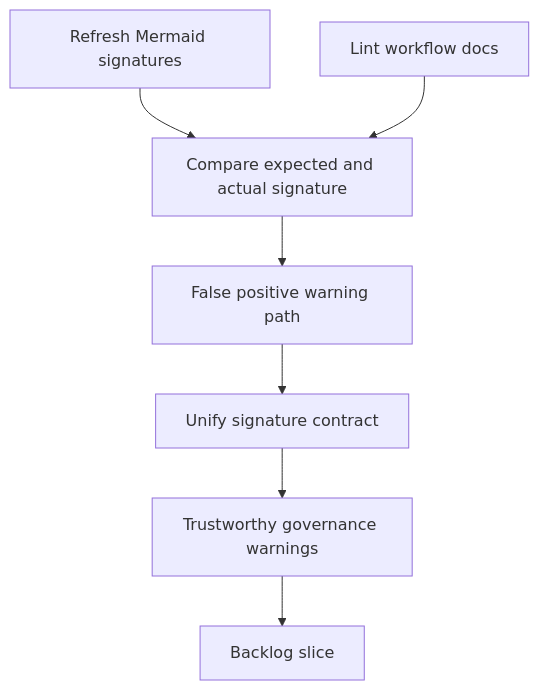
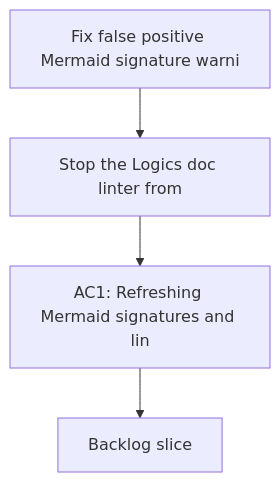
The diagram in logics/request/req_114_fix_false_positive_mermaid_signature_warnings_after_signature_refresh.md (AlexAgo83/logics-manager), drawn with Mermaid before and after one commit. The commit also changed other lines of this file and 481 other files, not shown here.

Commit message:
Normalize Logics docs and workflow indicators

````diff
--- a/logics/request/req_114_fix_false_positive_mermaid_signature_warnings_after_signature_refresh.md
+++ b/logics/request/req_114_fix_false_positive_mermaid_signature_warnings_after_signature_refresh.md
@@ -28,11 +28,8 @@
 ```mermaid
 %% logics-kind: request
 %% logics-signature: request|fix-false-positive-mermaid-signature-war|stop-the-logics-doc-linter-from|ac1-refreshing-mermaid-signatures-and-li
 flowchart TD
-    Refresh[Refresh Mermaid signatures] --> Compare[Compare expected and actual signature]
-    Lint[Lint workflow docs] --> Compare
-    Compare --> Mismatch[False positive warning path]
-    Mismatch --> Fix[Unify signature contract]
-    Fix --> Trust[Trustworthy governance warnings]
-    Trust --> Backlog[Backlog slice]
+    Trigger[Fix false positive Mermaid signature warni] --> Need[Stop the Logics doc linter from]
+    Need --> Outcome[AC1: Refreshing Mermaid signatures and lin]
+    Outcome --> Backlog[Backlog slice]
 ```
````
